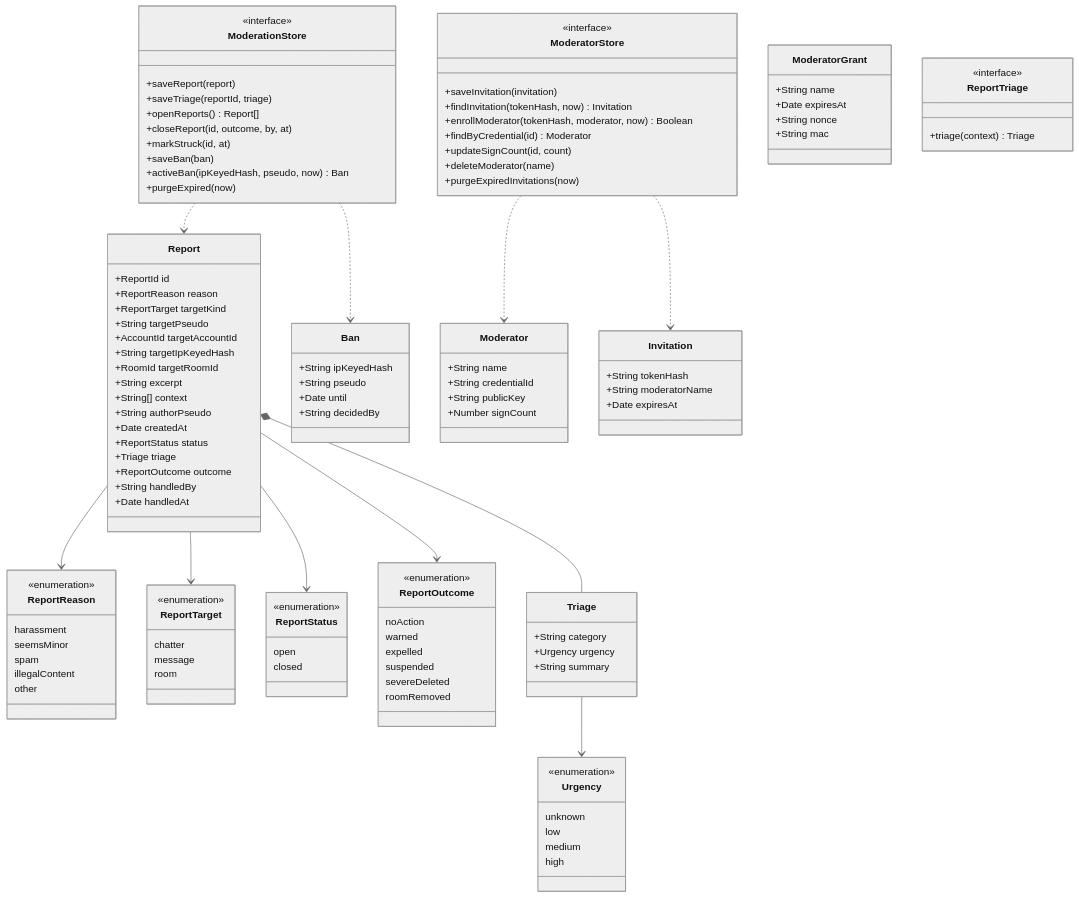
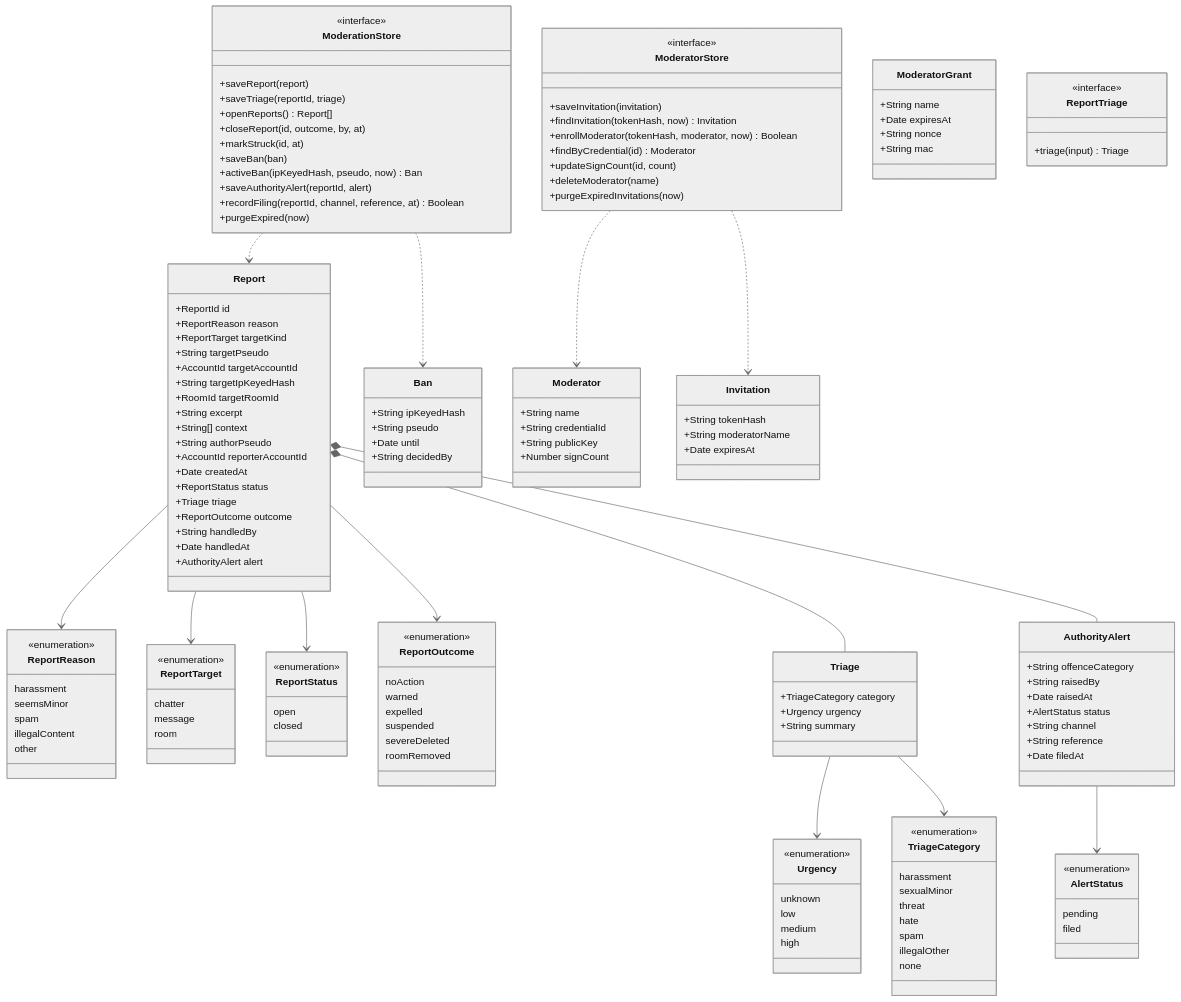
Before and after one commit to benoit-bremaud/asv: the diagram in docs/architecture/diagrams/moderation/04-class.md, drawn with Mermaid (neutral theme). The commit also changed other lines of this file and 17 other files, not shown here.

First line of the commit message:
docs(moderation): conception study for AI triage, DPIA and authority channel (8c)

```diff
--- a/docs/architecture/diagrams/moderation/04-class.md
+++ b/docs/architecture/diagrams/moderation/04-class.md
@@ -24,12 +24,14 @@
     +String excerpt
     +String[] context
     +String authorPseudo
+    +AccountId reporterAccountId
     +Date createdAt
     +ReportStatus status
     +Triage triage
     +ReportOutcome outcome
     +String handledBy
     +Date handledAt
+    +AuthorityAlert alert
   }
   class ReportReason {
     <<enumeration>>
@@ -60,9 +62,33 @@
     roomRemoved
   }
   class Triage {
-    +String category
+    +TriageCategory category
     +Urgency urgency
     +String summary
+  }
+  class TriageCategory {
+    <<enumeration>>
+    harassment
+    sexualMinor
+    threat
+    hate
+    spam
+    illegalOther
+    none
+  }
+  class AuthorityAlert {
+    +String offenceCategory
+    +String raisedBy
+    +Date raisedAt
+    +AlertStatus status
+    +String channel
+    +String reference
+    +Date filedAt
+  }
+  class AlertStatus {
+    <<enumeration>>
+    pending
+    filed
   }
   class Urgency {
     <<enumeration>>
@@ -97,6 +123,8 @@
     +markStruck(id, at)
     +saveBan(ban)
     +activeBan(ipKeyedHash, pseudo, now) Ban
+    +saveAuthorityAlert(reportId, alert)
+    +recordFiling(reportId, channel, reference, at) Boolean
     +purgeExpired(now)
   }
   class ModeratorStore {
@@ -117,7 +145,7 @@
   }
   class ReportTriage {
     <<interface>>
-    +triage(context) Triage
+    +triage(input) Triage
   }
   Report --> ReportReason
   Report --> ReportTarget
@@ -125,6 +153,9 @@
   Report --> ReportOutcome
   Report *-- Triage
   Triage --> Urgency
+  Triage --> TriageCategory
+  Report *-- AuthorityAlert
+  AuthorityAlert --> AlertStatus
   ModerationStore ..> Report
   ModerationStore ..> Ban
   ModeratorStore ..> Moderator
```
